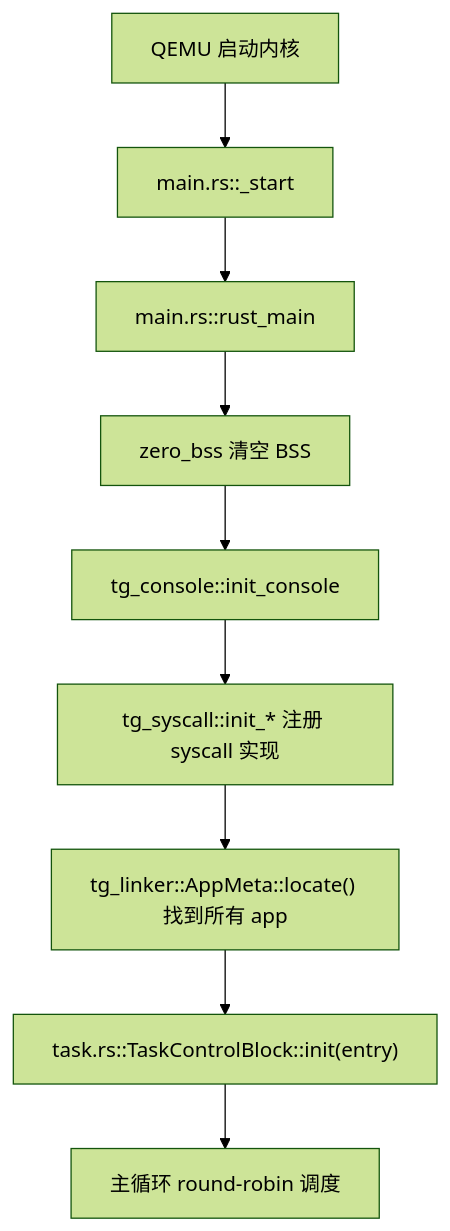
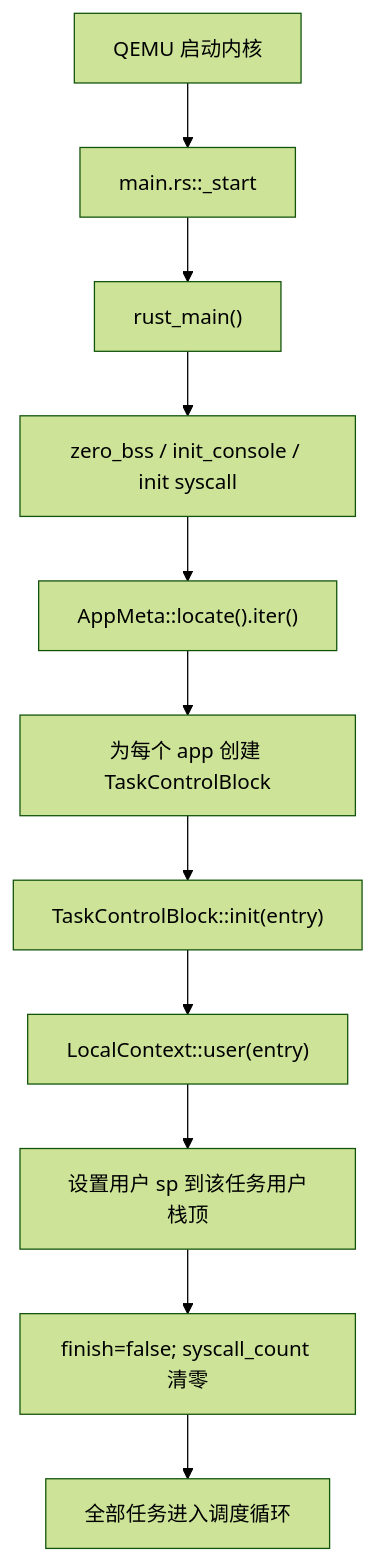
Before and after one commit to flyyansii/Tg-rCore-Tutorial-2026S: the first of 8 diagrams in doc/ch3/rCore-ch3-代码链与模块对应底稿.md, drawn with Mermaid (forest theme). The commit also changed other lines of this file and 7 other files, not shown here.

````diff
--- a/doc/ch3/rCore-ch3-代码链与模块对应底稿.md
+++ b/doc/ch3/rCore-ch3-代码链与模块对应底稿.md
@@ -58,11 +65,13 @@
 ```mermaid
 flowchart TD
     A["QEMU 启动内核"] --> B["main.rs::_start"]
-    B --> C["main.rs::rust_main"]
-    C --> D["zero_bss 清空 BSS"]
-    D --> E["tg_console::init_console"]
-    E --> F["tg_syscall::init_* 注册 syscall 实现"]
-    F --> G["tg_linker::AppMeta::locate() 找到所有 app"]
-    G --> H["task.rs::TaskControlBlock::init(entry)"]
-    H --> I["主循环 round-robin 调度"]
+    B --> C["rust_main()"]
+    C --> D["zero_bss / init_console / init syscall"]
+    D --> E["AppMeta::locate().iter()"]
+    E --> F["为每个 app 创建 TaskControlBlock"]
+    F --> G["TaskControlBlock::init(entry)"]
+    G --> H["LocalContext::user(entry)"]
+    H --> I["设置用户 sp 到该任务用户栈顶"]
+    I --> J["finish=false; syscall_count 清零"]
+    J --> K["全部任务进入调度循环"]
 ```
````
